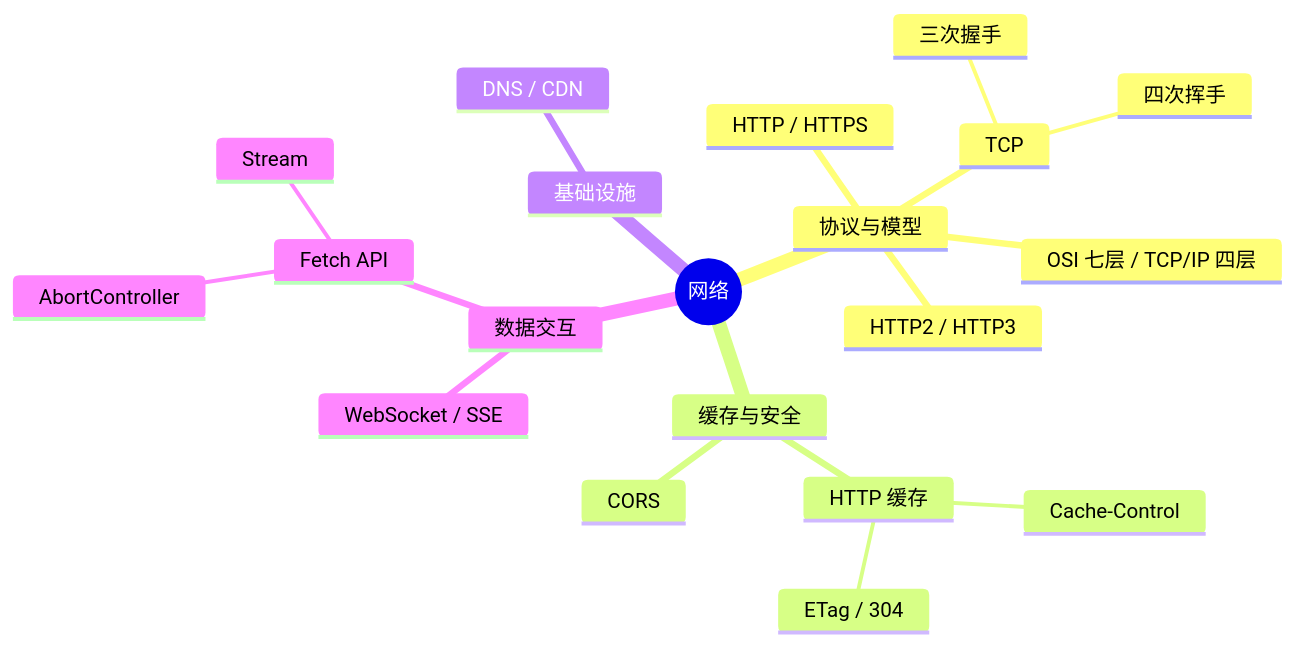
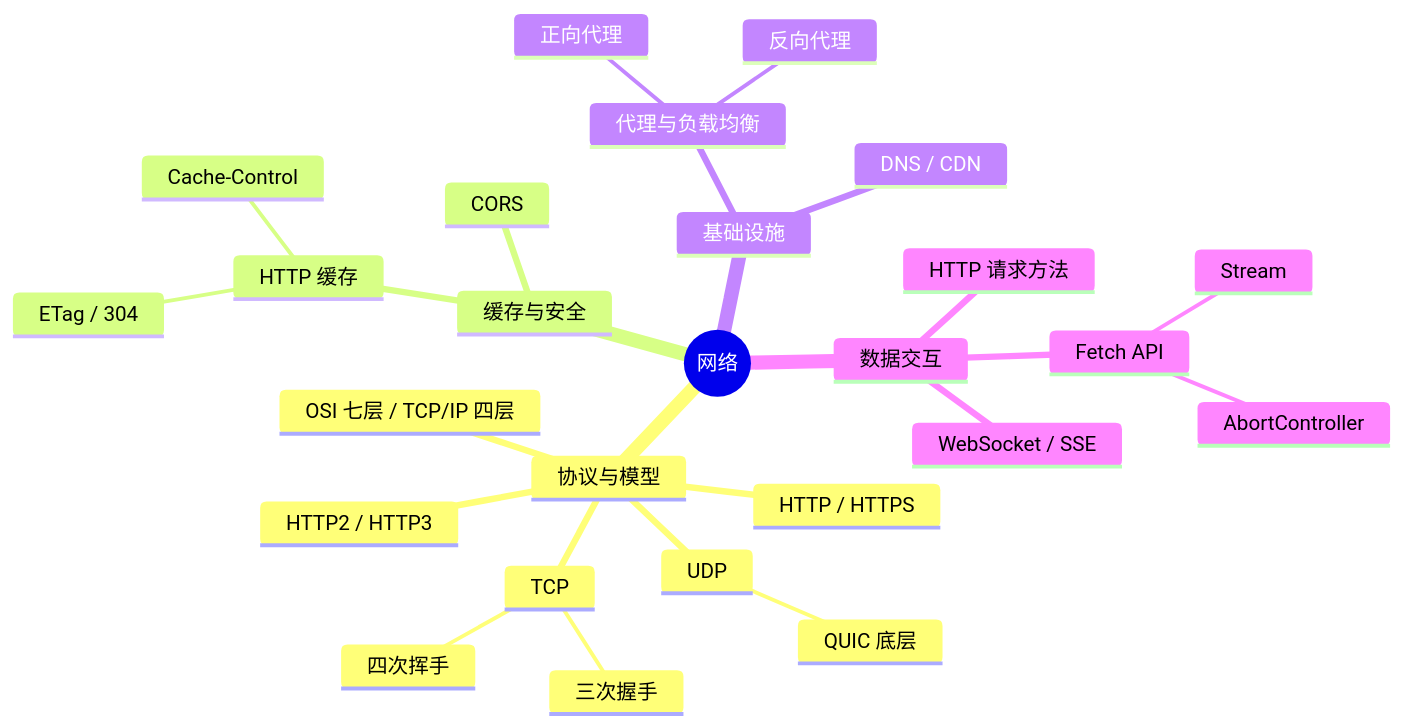
Before and after one commit to zjh42139/interview-notes: the diagram in docs/网络/index.md, drawn with Mermaid. The commit also changed other lines of this file and 52 other files, not shown here.

````diff
--- a/docs/网络/index.md
+++ b/docs/网络/index.md
@@ -9,23 +10,29 @@
 ```mermaid
 mindmap
   root((网络))
     协议与模型
       OSI 七层 / TCP/IP 四层
       TCP
         三次握手
         四次挥手
+      UDP
+        QUIC 底层
       HTTP / HTTPS
       HTTP2 / HTTP3
     缓存与安全
       HTTP 缓存
         Cache-Control
         ETag / 304
       CORS
     基础设施
       DNS / CDN
+      代理与负载均衡
+        正向代理
+        反向代理
     数据交互
+      HTTP 请求方法
       WebSocket / SSE
       Fetch API
         AbortController
         Stream
 ```
````
